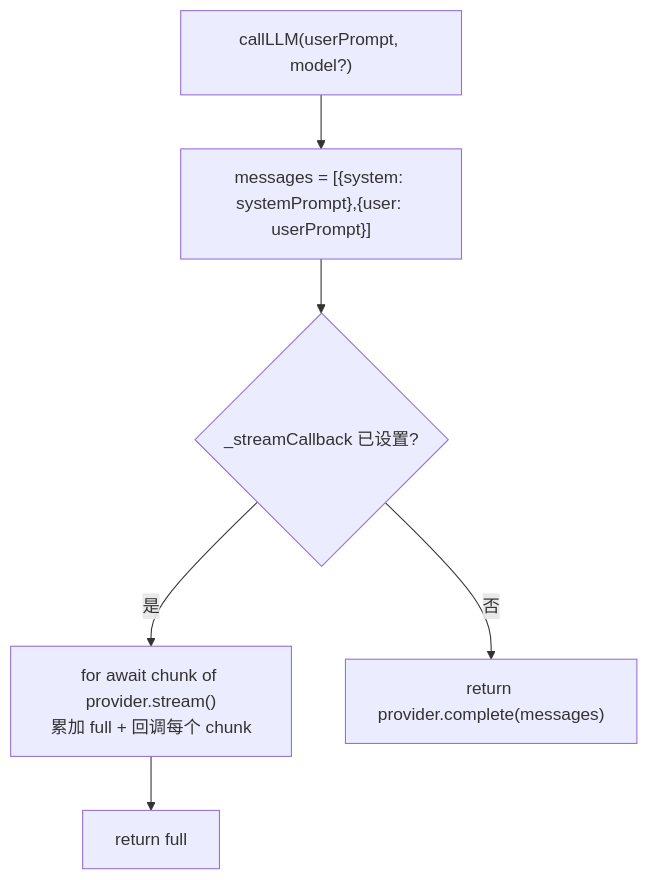
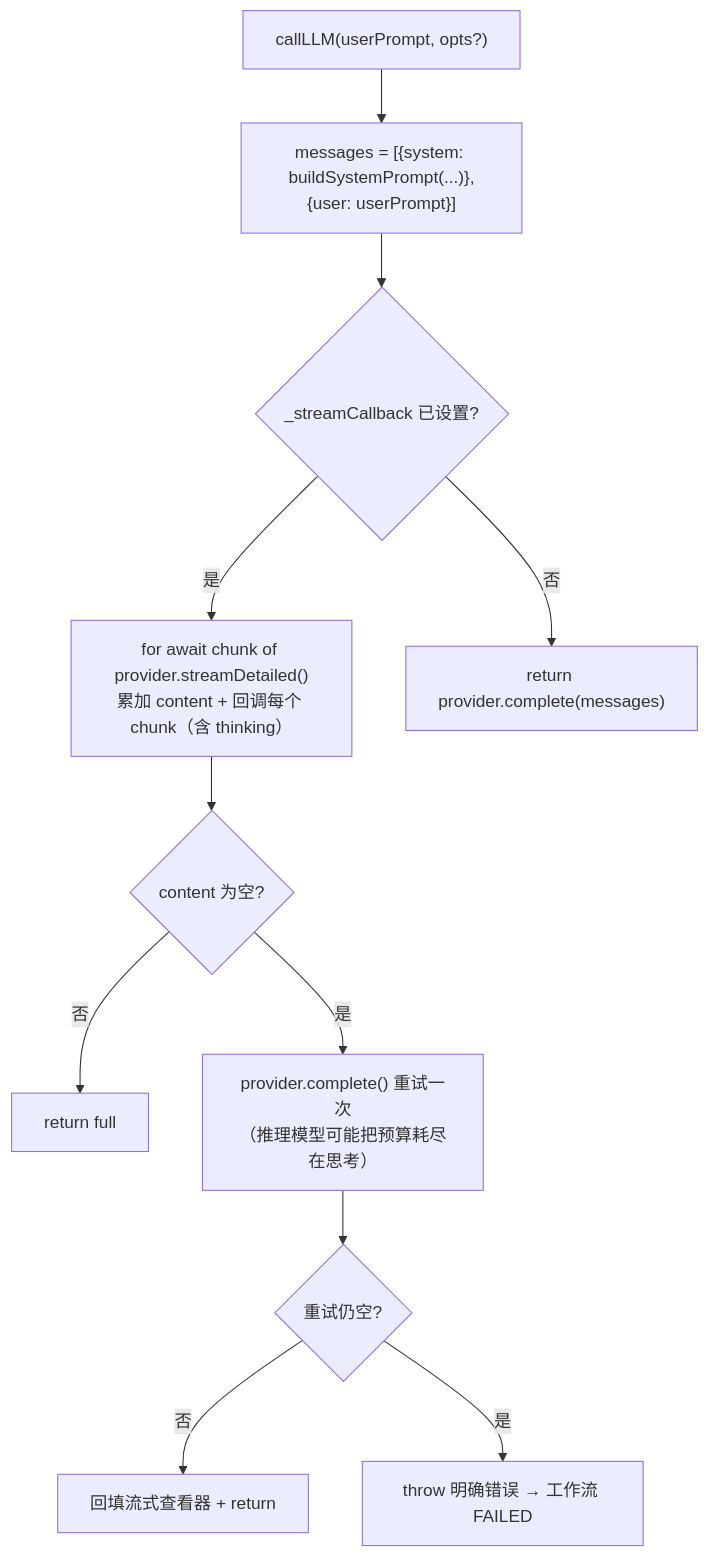
Before and after one commit to lazyloadbox/smart-tech-writter: the third of 3 diagrams in docs/architecture/04-ai-layer.md, drawn with Mermaid. The commit also changed other lines of this file and 101 other files, not shown here.

````diff
--- a/docs/architecture/04-ai-layer.md
+++ b/docs/architecture/04-ai-layer.md
@@ -56,8 +63,13 @@
 ```mermaid
 flowchart TD
-    A["callLLM(userPrompt, model?)"] --> B["messages = [{system: systemPrompt},{user: userPrompt}]"]
+    A["callLLM(userPrompt, opts?)"] --> B["messages = [{system: buildSystemPrompt(...)},{user: userPrompt}]"]
     B --> C{"_streamCallback 已设置?"}
-    C -- 是 --> D["for await chunk of provider.stream()<br/>累加 full + 回调每个 chunk"]
-    D --> E["return full"]
+    C -- 是 --> D["for await chunk of provider.streamDetailed()<br/>累加 content + 回调每个 chunk（含 thinking）"]
+    D --> G{"content 为空?"}
+    G -- 否 --> E["return full"]
+    G -- 是 --> H["provider.complete() 重试一次<br/>（推理模型可能把预算耗尽在思考）"]
+    H --> I{"重试仍空?"}
+    I -- 否 --> E2["回填流式查看器 + return"]
+    I -- 是 --> J["throw 明确错误 → 工作流 FAILED"]
     C -- 否 --> F["return provider.complete(messages)"]
 ```
````
